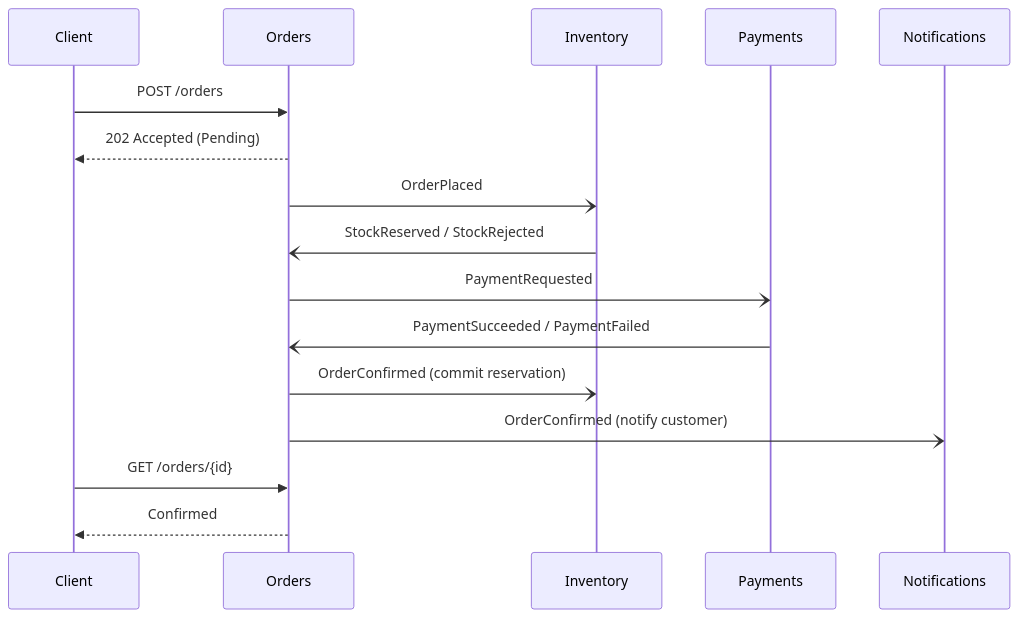
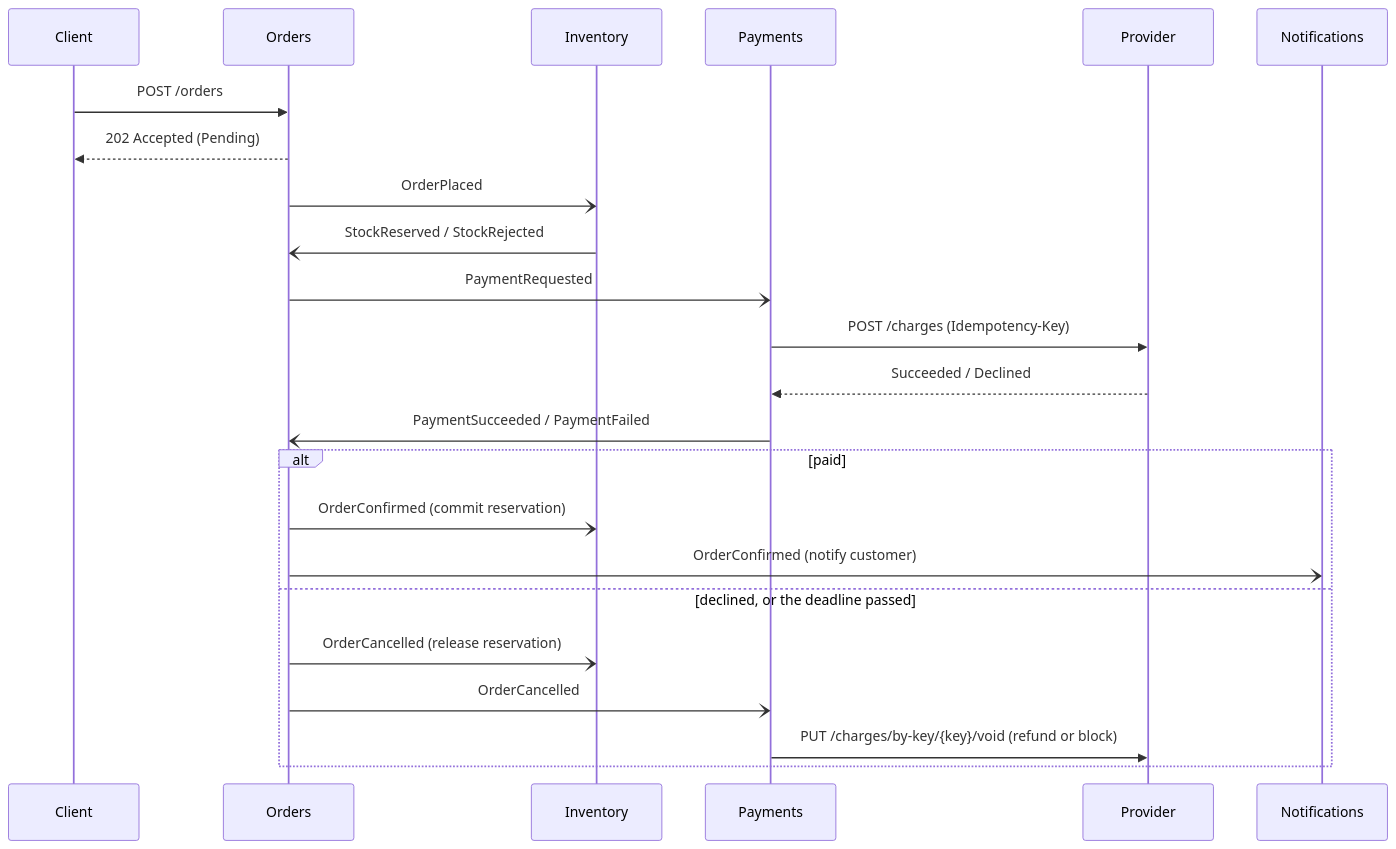
One commit to Carlosmarroquin20/plaza-commerce changed the second of 2 diagrams in README.md. Above: the diagram before and after it, drawn with Mermaid. The commit also changed other lines of this file, not shown here.

Commit message:
docs: document phase 2 results, saga and payment provider in the README

````diff
--- a/README.md
+++ b/README.md
@@ -66,19 +87,27 @@
 ```mermaid
 sequenceDiagram
     participant C as Client
     participant O as Orders
     participant I as Inventory
     participant P as Payments
+    participant X as Provider
     participant N as Notifications
 
     C->>O: POST /orders
     O-->>C: 202 Accepted (Pending)
     O-)I: OrderPlaced
     I-)O: StockReserved / StockRejected
     O-)P: PaymentRequested
+    P->>X: POST /charges (Idempotency-Key)
+    X-->>P: Succeeded / Declined
     P-)O: PaymentSucceeded / PaymentFailed
-    O-)I: OrderConfirmed (commit reservation)
-    O-)N: OrderConfirmed (notify customer)
-    C->>O: GET /orders/{id}
-    O-->>C: Confirmed
+
+    alt paid
+        O-)I: OrderConfirmed (commit reservation)
+        O-)N: OrderConfirmed (notify customer)
+    else declined, or the deadline passed
+        O-)I: OrderCancelled (release reservation)
+        O-)P: OrderCancelled
+        P->>X: PUT /charges/by-key/{key}/void (refund or block)
+    end
 ```
````
